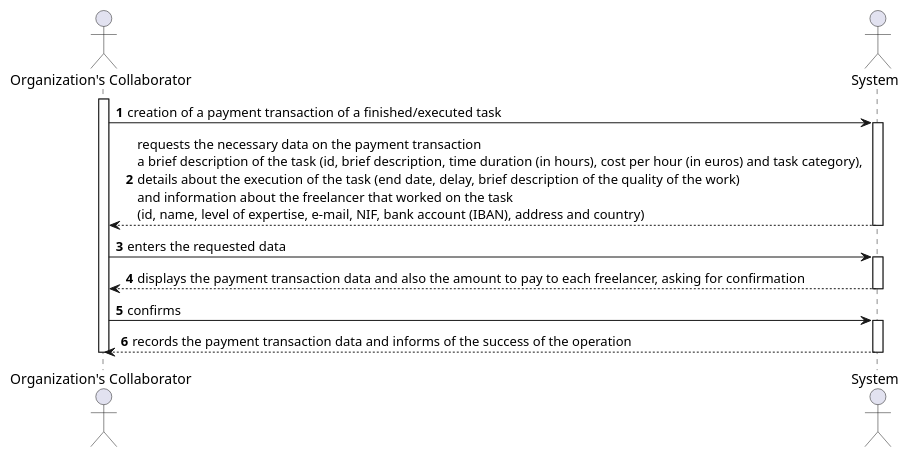
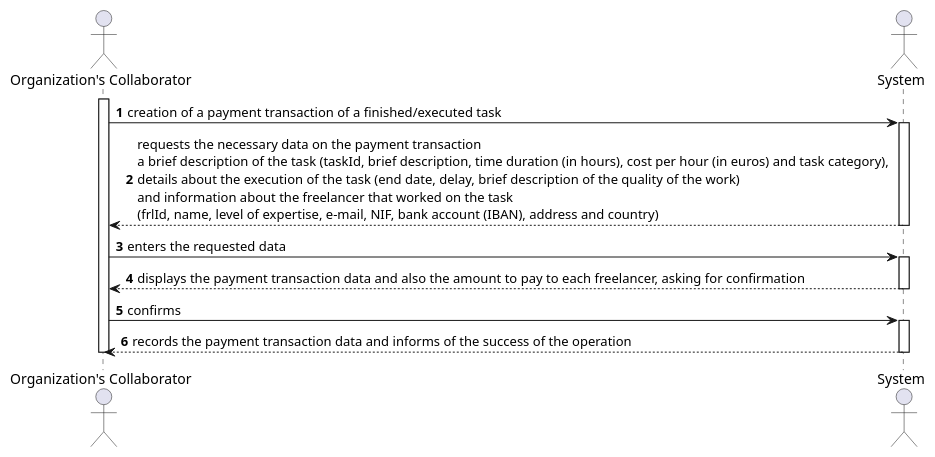
The diagram in docs/UC3 - Create Payment Transaction/UC3_SSD.puml (pedrolemos4/LAPR2), drawn with PlantUML before and after one commit. The commit also changed 8 other files, not shown here.

```diff
--- a/docs/UC3 - Create Payment Transaction/UC3_SSD.puml
+++ b/docs/UC3 - Create Payment Transaction/UC3_SSD.puml
@@ -1,23 +1,23 @@
 @startuml
 autonumber
 actor "Organization's Collaborator" as OC
 actor "System" as S
 
 activate OC
 OC -> S : creation of a payment transaction of a finished/executed task
 activate S
-S --> OC : requests the necessary data on the payment transaction\na brief description of the task (id, brief description, time duration (in hours), cost per hour (in euros) and task category), \ndetails about the execution of the task (end date, delay, brief description of the quality of the work)\nand information about the freelancer that worked on the task \n(id, name, level of expertise, e-mail, NIF, bank account (IBAN), address and country)
+S --> OC : requests the necessary data on the payment transaction\na brief description of the task (taskId, brief description, time duration (in hours), cost per hour (in euros) and task category), \ndetails about the execution of the task (end date, delay, brief description of the quality of the work)\nand information about the freelancer that worked on the task \n(frlId, name, level of expertise, e-mail, NIF, bank account (IBAN), address and country)
 deactivate S
 
 OC -> S : enters the requested data
 activate S
 S --> OC : displays the payment transaction data and also the amount to pay to each freelancer, asking for confirmation
 deactivate S
 
 OC -> S : confirms
 activate S
 S --> OC : records the payment transaction data and informs of the success of the operation
 deactivate S
 
 deactivate OC
 @enduml
```
